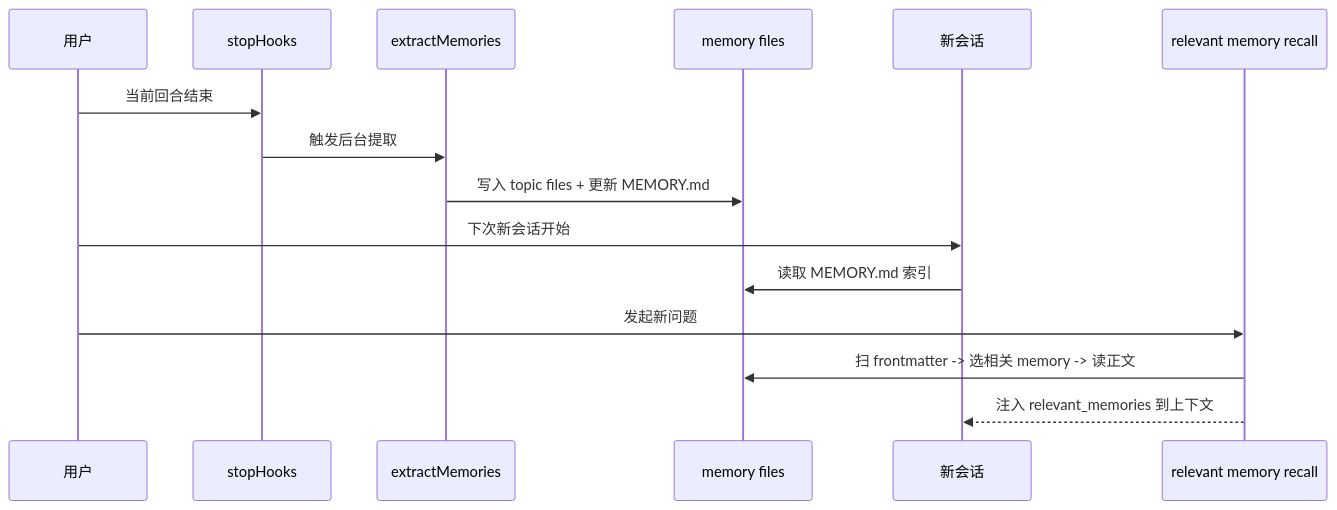
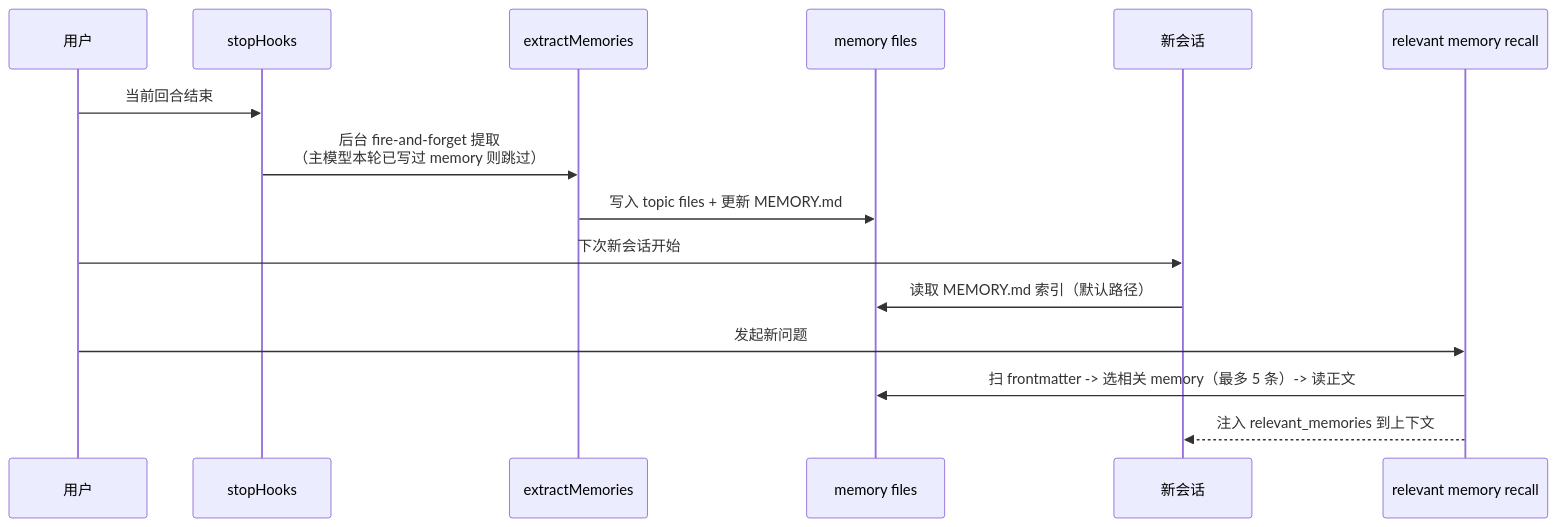
The sixth of 6 diagrams in 10_memory_patterns_basics/ClaudeCode长短期记忆架构设计文档.md (stormJun/ai-training), drawn with Mermaid before and after one commit. The commit also changed other lines of this file, not shown here.

First line of the commit message:
docs: 完善 Claude Code 记忆架构文档的示例与生命周期图

````diff
--- a/10_memory_patterns_basics/ClaudeCode长短期记忆架构设计文档.md
+++ b/10_memory_patterns_basics/ClaudeCode长短期记忆架构设计文档.md
@@ -990,19 +1040,19 @@
 ```mermaid
 sequenceDiagram
     participant U as 用户
     participant S as stopHooks
     participant E as extractMemories
     participant FS as memory files
     participant N as 新会话
     participant R as relevant memory recall
 
     U->>S: 当前回合结束
-    S->>E: 触发后台提取
+    S->>E: 后台 fire-and-forget 提取<br/>（主模型本轮已写过 memory 则跳过）
     E->>FS: 写入 topic files + 更新 MEMORY.md
 
     U->>N: 下次新会话开始
-    N->>FS: 读取 MEMORY.md 索引
+    N->>FS: 读取 MEMORY.md 索引（默认路径）
     U->>R: 发起新问题
-    R->>FS: 扫 frontmatter -> 选相关 memory -> 读正文
+    R->>FS: 扫 frontmatter -> 选相关 memory（最多 5 条）-> 读正文
     R-->>N: 注入 relevant_memories 到上下文
 ```
````
